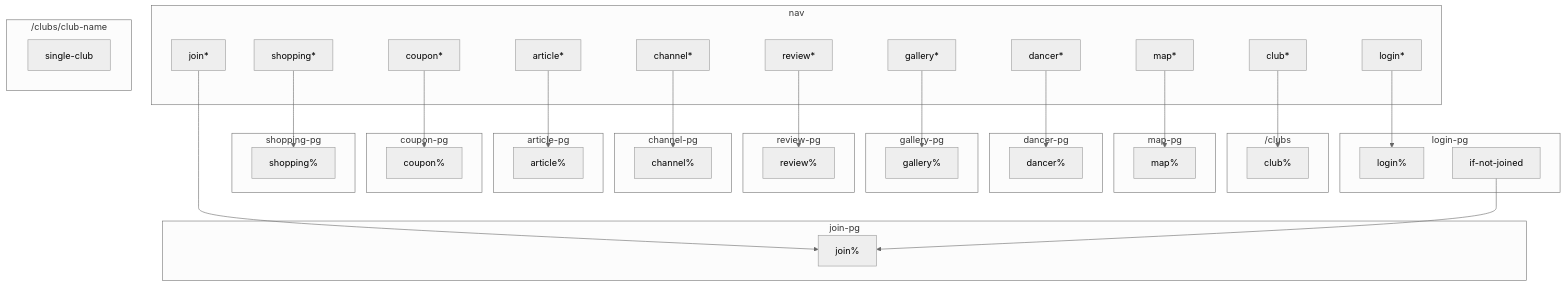
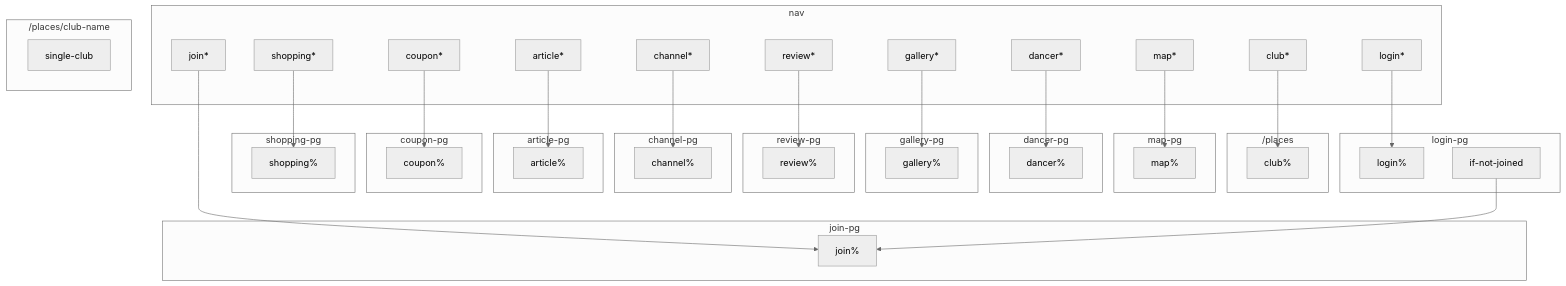
The diagram in resources/docs/paging.mmd (darren-mk/arcaneflare), drawn with Mermaid (neutral theme) before and after one commit. The commit also changed 8 other files, not shown here.

```diff
--- a/resources/docs/paging.mmd
+++ b/resources/docs/paging.mmd
@@ -1,77 +1,77 @@
 flowchart TB
 
    club* --> club%
    map* --> map%
    dancer* --> dancer%
    gallery* --> gallery%
    review* --> review%
    channel* --> channel%
    article* --> article%
    coupon* --> coupon%
    shopping* --> shopping%
    login* --> login%
    join* --> join%
 
    subgraph nav
        club*
        map*
        dancer*
        gallery*
        review*
        channel*
        article*
        coupon*
        shopping*
        login*
        join*
    end
 
-   subgraph "/clubs"
+   subgraph "/places"
        club%
    end
 
-   subgraph "/clubs/club-name"
+   subgraph "/places/club-name"
        single-club
    end
 
    subgraph map-pg
        map%
    end
 
    subgraph dancer-pg
        dancer%
    end
 
    subgraph gallery-pg
        gallery%
    end
 
    subgraph review-pg
        review%
    end
 
    subgraph channel-pg
        channel%
    end
 
    subgraph article-pg
        article%
    end
 
    subgraph coupon-pg
        coupon%
    end
 
    subgraph shopping-pg
        shopping%
    end
 
    if-not-joined --> join%
    subgraph login-pg
        login%
        if-not-joined
    end
 
    subgraph join-pg
        join%
    end
```
